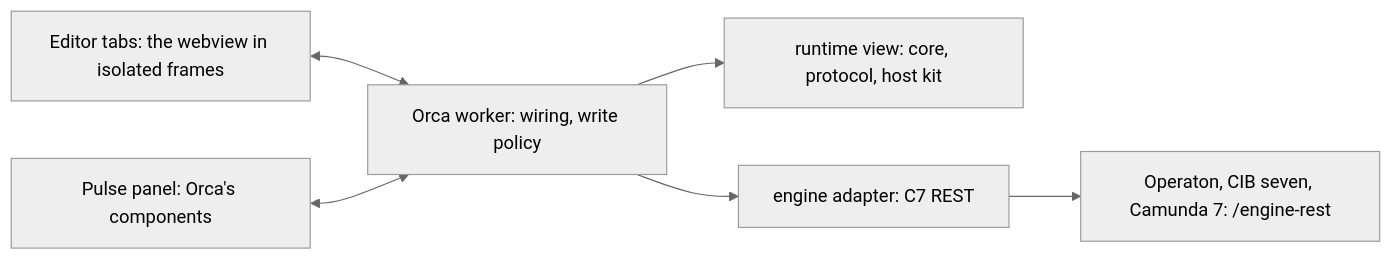
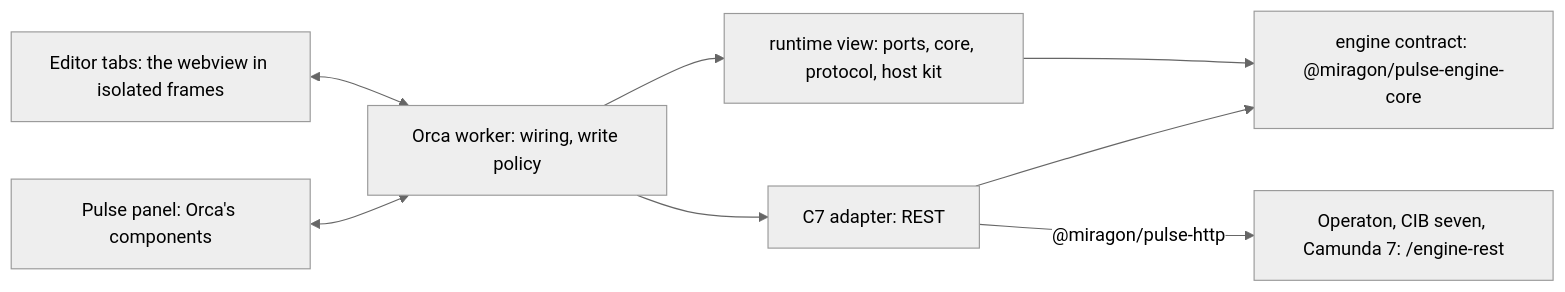
Before and after one commit to Miragon/pulse: the diagram in docs/orca/architecture.md, drawn with Mermaid (neutral theme). The commit also changed 2074 other files, not shown here.

````diff
--- a/docs/orca/architecture.md
+++ b/docs/orca/architecture.md
@@ -6,8 +6,10 @@
 ```mermaid
 flowchart LR
   frames["Editor tabs: the webview in isolated frames"] <--> worker["Orca worker: wiring, write policy"]
   panel["Pulse panel: Orca's components"] <--> worker
-  worker --> view["runtime view: core, protocol, host kit"]
-  worker --> adapter["engine adapter: C7 REST"]
-  adapter --> engines["Operaton, CIB seven, Camunda 7: /engine-rest"]
+  worker --> view["runtime view: ports, core, protocol, host kit"]
+  view --> contract["engine contract: @miragon/pulse-engine-core"]
+  worker --> adapter["C7 adapter: REST"]
+  adapter --> contract
+  adapter -- "@miragon/pulse-http" --> engines["Operaton, CIB seven, Camunda 7: /engine-rest"]
 ```
````
